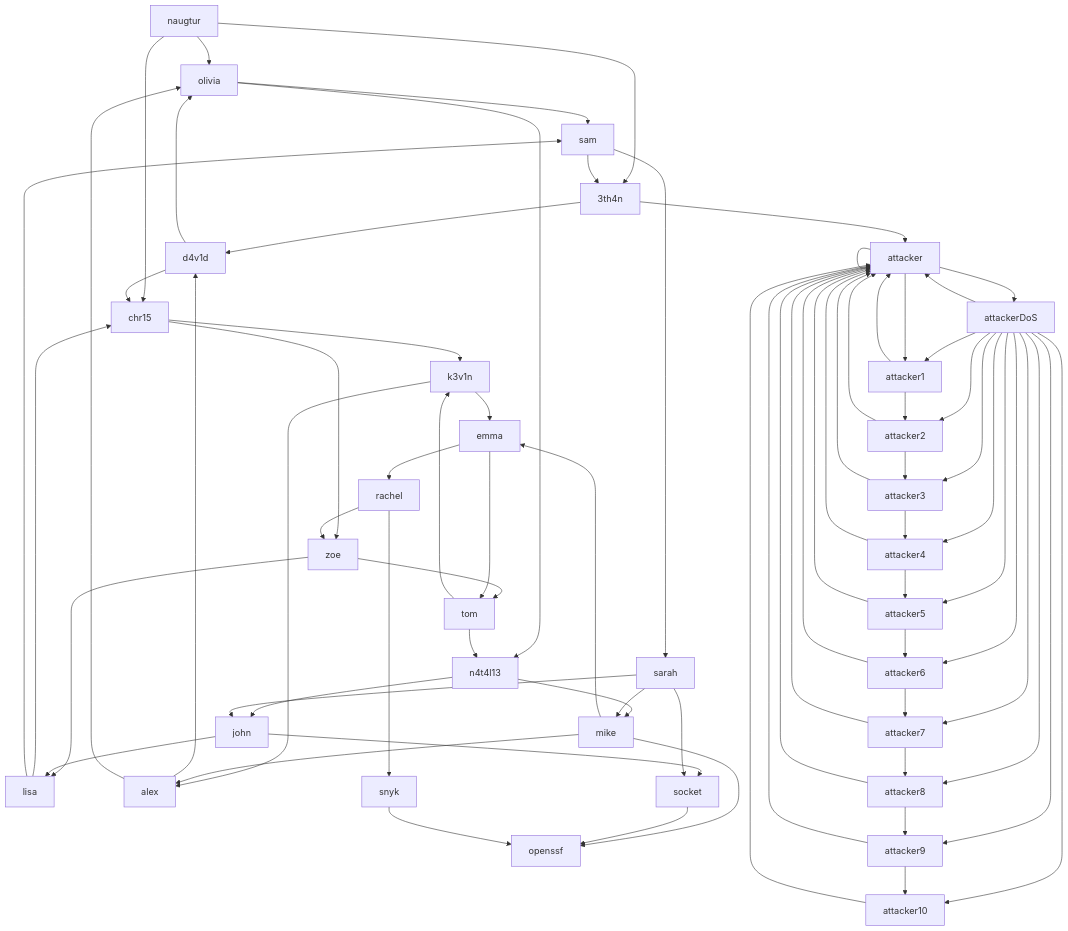
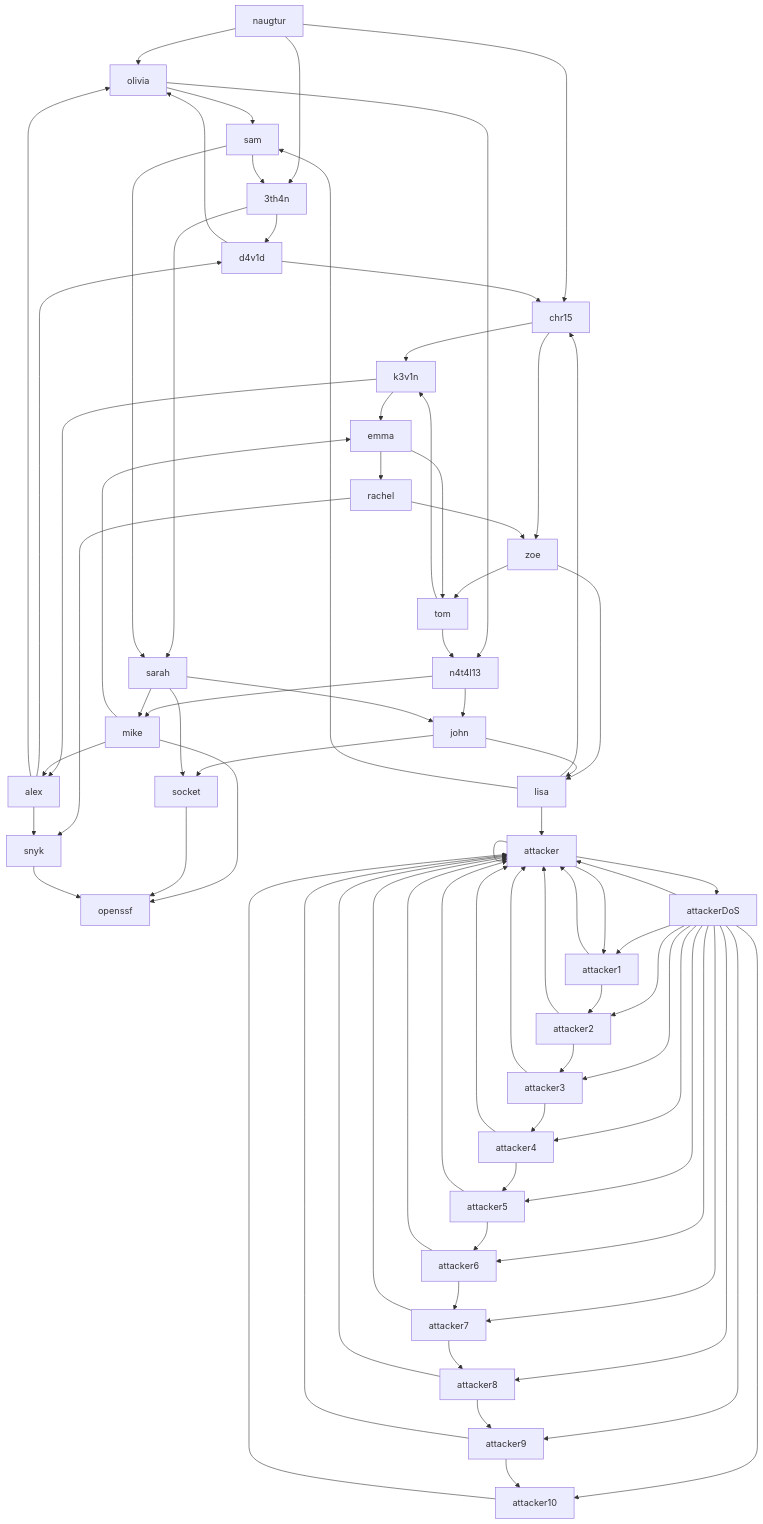
Before and after one commit to naugtur/trust-graph: the diagram in graph-example/structure.md, drawn with Mermaid. The commit also changed 9 other files, not shown here.

Commit message:
fiddle with the graph to get a longer layout as a result

````diff
--- a/graph-example/structure.md
+++ b/graph-example/structure.md
@@ -1,75 +1,77 @@
 ```mermaid
 graph TD
     naugtur --> olivia
     naugtur --> chr15
     naugtur --> 3th4n
-    3th4n --> attacker
     3th4n --> d4v1d
+    3th4n --> sarah
     zoe --> lisa
     zoe --> tom
     k3v1n --> emma
     k3v1n --> alex
     n4t4l13 --> mike
     n4t4l13 --> john
     sam --> 3th4n
     sam --> sarah
     chr15 --> k3v1n
     chr15 --> zoe
     olivia --> sam
     olivia --> n4t4l13
     d4v1d --> olivia
     d4v1d --> chr15
     rachel --> zoe
     rachel --> snyk
     tom --> n4t4l13
     tom --> k3v1n
+    lisa --> attacker
     lisa --> chr15
     lisa --> sam
+    alex --> snyk
     alex --> d4v1d
     alex --> olivia
     emma --> tom
     emma --> rachel
     john --> socket
     john --> lisa
     mike --> openssf
     mike --> emma
     mike --> alex
     sarah --> socket
     sarah --> mike
     sarah --> john
     socket --> openssf
     snyk --> openssf
     attackerDoS --> attacker
     attackerDoS --> attacker1
     attackerDoS --> attacker2
     attackerDoS --> attacker3
     attackerDoS --> attacker4
     attackerDoS --> attacker5
     attackerDoS --> attacker6
     attackerDoS --> attacker7
     attackerDoS --> attacker8
     attackerDoS --> attacker9
     attackerDoS --> attacker10
     attacker10 --> attacker
     attacker9 --> attacker
     attacker9 --> attacker10
     attacker8 --> attacker
     attacker8 --> attacker9
     attacker7 --> attacker
     attacker7 --> attacker8
     attacker6 --> attacker
     attacker6 --> attacker7
     attacker5 --> attacker
     attacker5 --> attacker6
     attacker4 --> attacker
     attacker4 --> attacker5
     attacker3 --> attacker
     attacker3 --> attacker4
     attacker2 --> attacker
     attacker2 --> attacker3
     attacker1 --> attacker
     attacker1 --> attacker2
     attacker --> attacker
     attacker --> attackerDoS
     attacker --> attacker1
 ```
````
